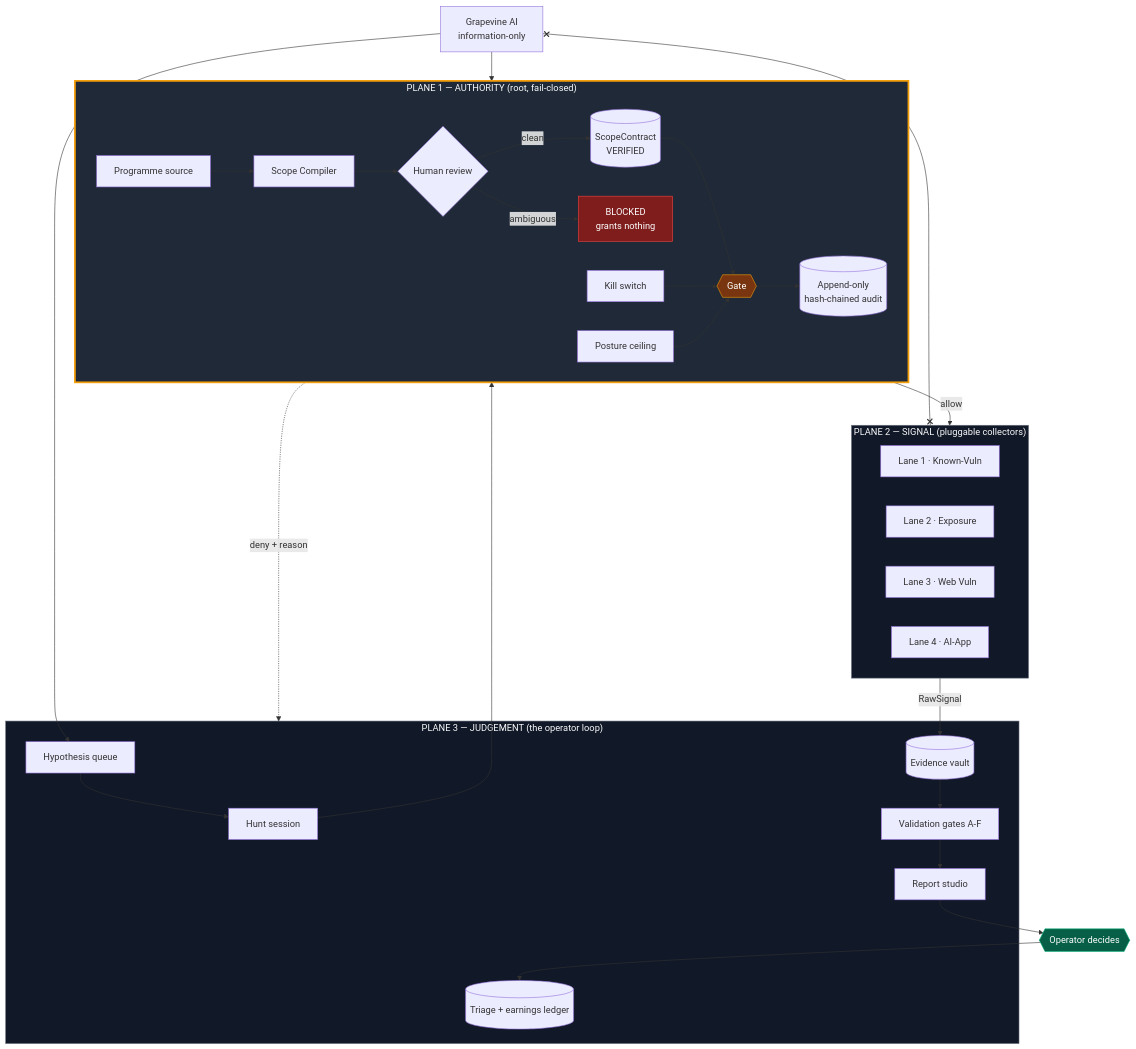
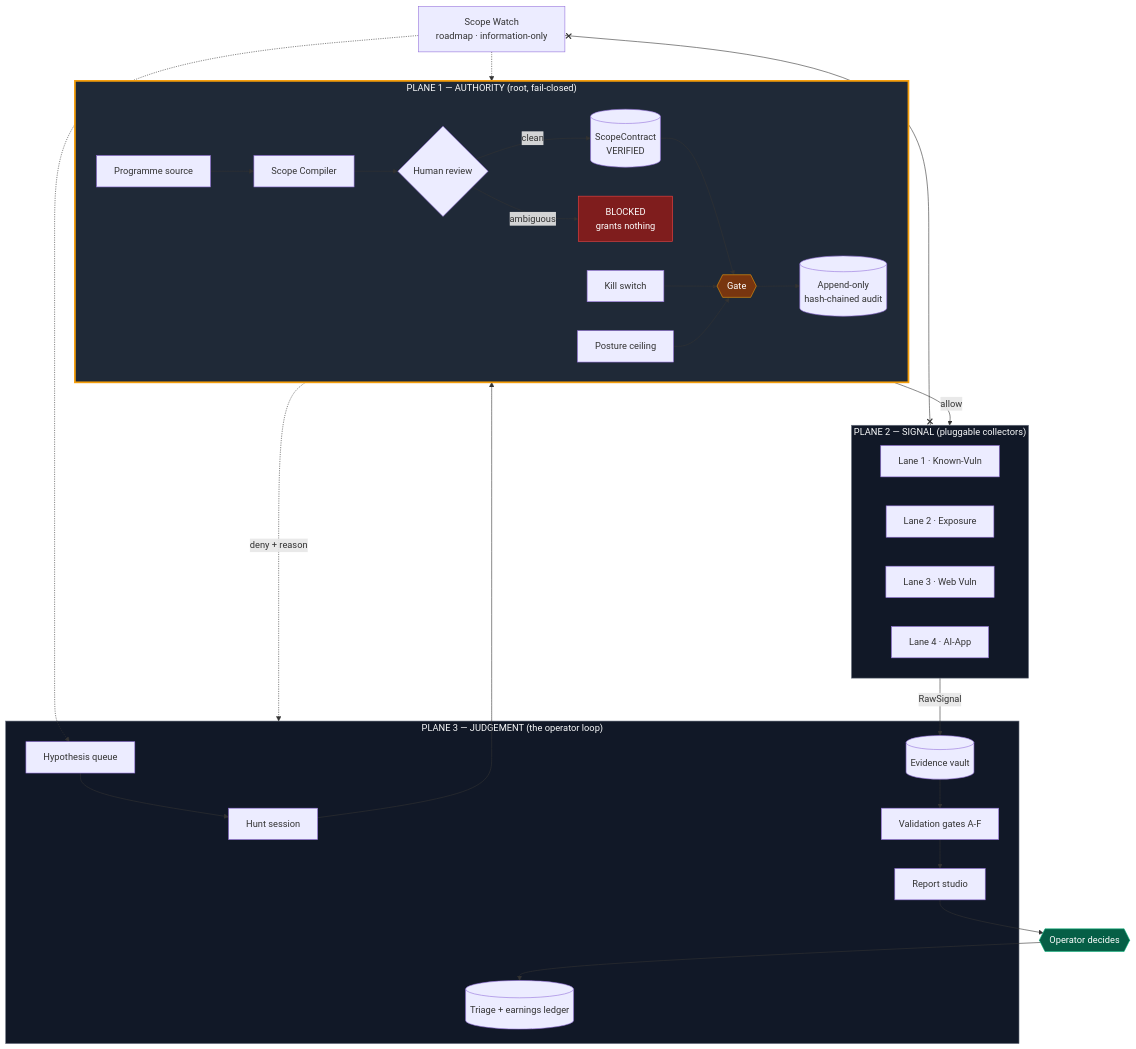
Before and after one commit to chasedndt/GreyTheory-Research: the first of 14 diagrams in Docs/diagrams.md, drawn with Mermaid. The commit also changed other lines of this file and 12 other files, not shown here.

First line of the commit message:
Cut Grapevine, restate the purpose, rewrite the roadmap

````diff
--- a/Docs/diagrams.md
+++ b/Docs/diagrams.md
@@ -11,48 +11,48 @@
 ```mermaid
 flowchart TB
     subgraph P1["PLANE 1 — AUTHORITY (root, fail-closed)"]
         direction LR
         SRC[Programme source] --> COMP[Scope Compiler]
         COMP --> REV{Human review}
         REV -->|clean| CT[(ScopeContract<br/>VERIFIED)]
         REV -->|ambiguous| BLK[BLOCKED<br/>grants nothing]
         CT --> GATE{{Gate}}
         GATE --> AUD[(Append-only<br/>hash-chained audit)]
         KS[Kill switch] --> GATE
         POST[Posture ceiling] --> GATE
     end
 
     subgraph P2["PLANE 2 — SIGNAL (pluggable collectors)"]
         L1[Lane 1 · Known-Vuln]
         L2[Lane 2 · Exposure]
         L3[Lane 3 · Web Vuln]
         L4[Lane 4 · AI-App]
     end
 
     subgraph P3["PLANE 3 — JUDGEMENT (the operator loop)"]
         HYP[Hypothesis queue]
         SESS[Hunt session]
         VAULT[(Evidence vault)]
         GATES[Validation gates A-F]
         REPORT[Report studio]
         LEDGER[(Triage + earnings ledger)]
     end
 
     GATE -->|allow| P2
     GATE -.->|deny + reason| P3
     P2 -->|RawSignal| VAULT
     HYP --> SESS --> GATE
     VAULT --> GATES --> REPORT --> OP{{Operator decides}}
     OP --> LEDGER
 
-    GV[Grapevine AI<br/>information-only] --> SRC
-    GV --> HYP
+    GV[Scope Watch<br/>roadmap · information-only] -.-> SRC
+    GV -.-> HYP
     GV x--x P2
 
     style P1 fill:#1f2937,stroke:#f59e0b,stroke-width:3px,color:#f9fafb
     style P2 fill:#111827,stroke:#6b7280,color:#f9fafb
     style P3 fill:#111827,stroke:#6b7280,color:#f9fafb
     style BLK fill:#7f1d1d,stroke:#ef4444,color:#fff
     style GATE fill:#78350f,stroke:#f59e0b,color:#fff
     style OP fill:#065f46,stroke:#10b981,color:#fff
 ```
````
